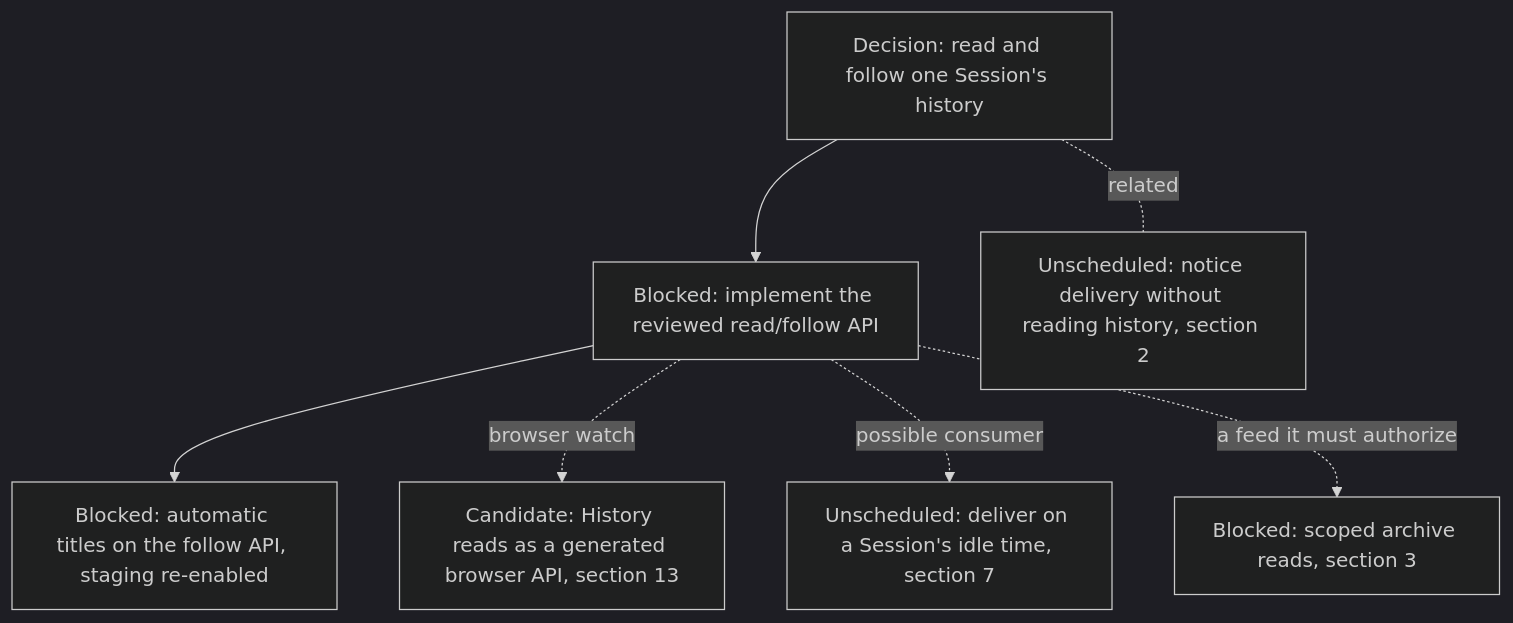
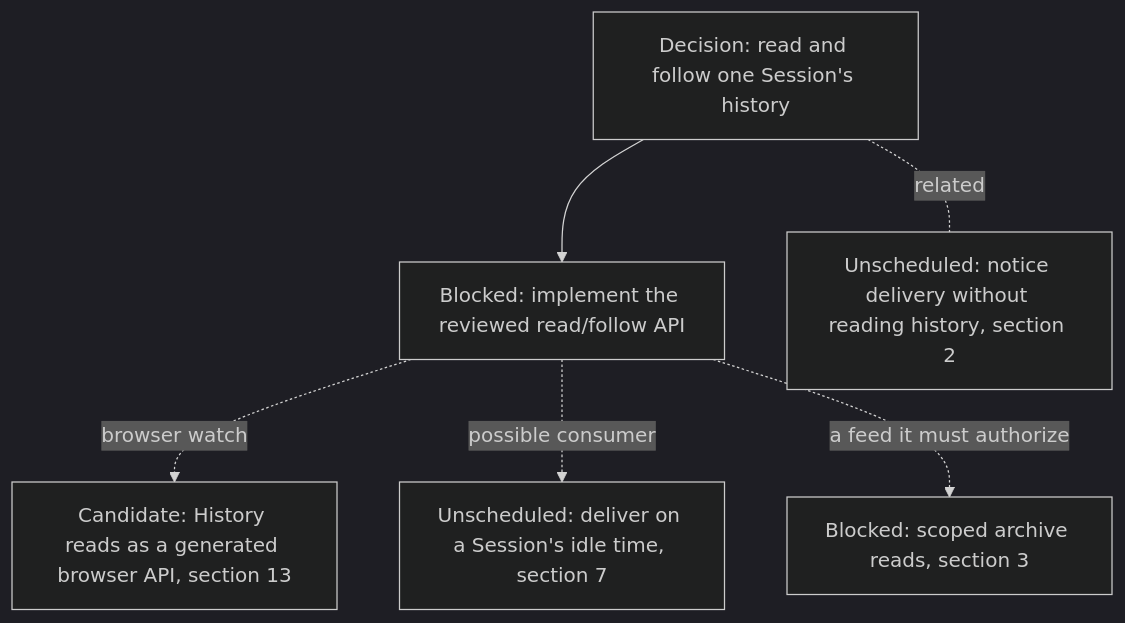
One commit to agentydragon-agent/ducktape changed diagram 15 of 19 in agentplane/plans/task_dag.md. Above: the diagram before and after it, drawn with Mermaid (dark theme). The commit also changed other lines of this file and 34 other files, not shown here.

````diff
--- a/agentplane/plans/task_dag.md
+++ b/agentplane/plans/task_dag.md
@@ -1437,16 +1437,14 @@
 ```mermaid
 flowchart TD
     HISTORY_READ_FOLLOW_DESIGN[Decision: read and follow one Session's history]
     HISTORY_READ_FOLLOW_API[Blocked: implement the reviewed read/follow API]
-    THREAD_TITLE_GENERATION[Blocked: automatic titles on the follow API, staging re-enabled]
     HISTORY_READS_FACADE[Candidate: History reads as a generated browser API, section 13]
     SESSION_ACTIVITY_STREAM[Unscheduled: deliver on a Session's idle time, section 7]
     NOTIFICATION_COMMAND_OUTCOME_DESIGN[Unscheduled: notice delivery without reading history, section 2]
     THREAD_READ_POLICY[Blocked: scoped archive reads, section 3]
     HISTORY_READ_FOLLOW_DESIGN --> HISTORY_READ_FOLLOW_API
-    HISTORY_READ_FOLLOW_API --> THREAD_TITLE_GENERATION
     HISTORY_READ_FOLLOW_API -. browser watch .-> HISTORY_READS_FACADE
     HISTORY_READ_FOLLOW_API -. possible consumer .-> SESSION_ACTIVITY_STREAM
     HISTORY_READ_FOLLOW_DESIGN -. related .- NOTIFICATION_COMMAND_OUTCOME_DESIGN
     HISTORY_READ_FOLLOW_API -. a feed it must authorize .-> THREAD_READ_POLICY
 ```
````
